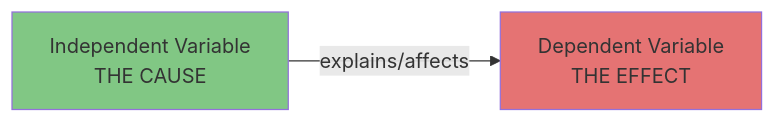
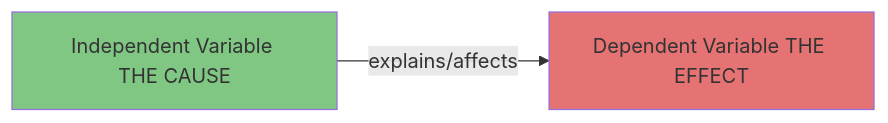
One commit to daxxac/mba-notes changed the fifth of 6 diagrams in docs/research-methods/lecture-01.md. Above: the diagram before and after it, drawn with Mermaid. The commit also changed other lines of this file and 4 other files, not shown here.

First line of the commit message:
Fix Mermaid diagram parsing errors: replace <br/> with spaces

````diff
--- a/docs/research-methods/lecture-01.md
+++ b/docs/research-methods/lecture-01.md
@@ -217,7 +217,7 @@
 ```mermaid
 graph LR
-    A[Independent Variable<br/>THE CAUSE] -->|explains/affects| B[Dependent Variable<br/>THE EFFECT]
+    A[Independent Variable THE CAUSE] -->|explains/affects| B[Dependent Variable THE EFFECT]
     
     style A fill:#81c784
     style B fill:#e57373
 ```
````
